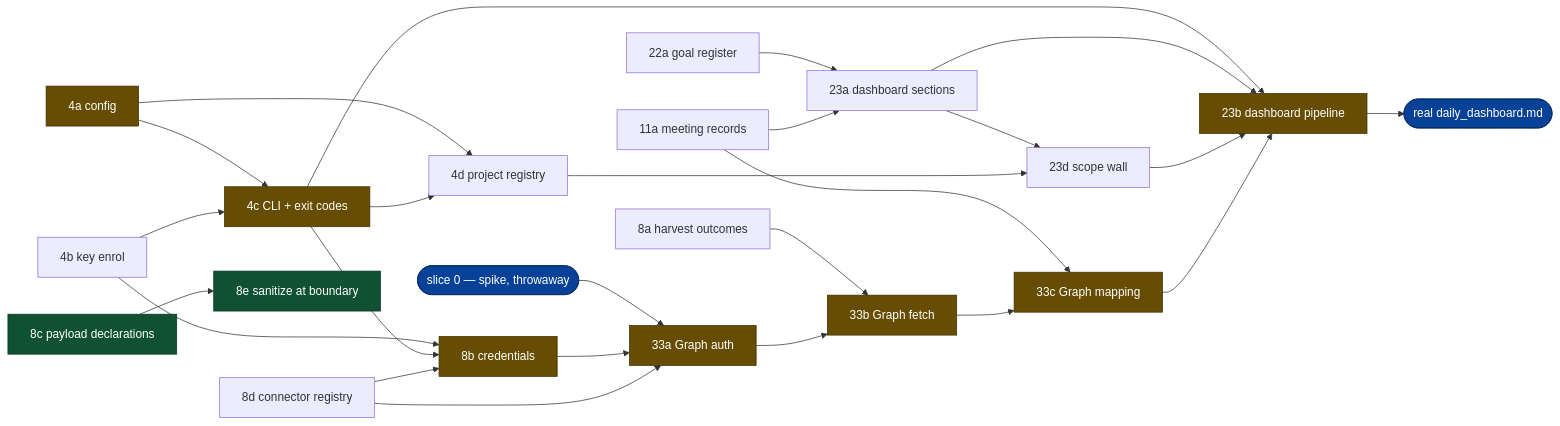
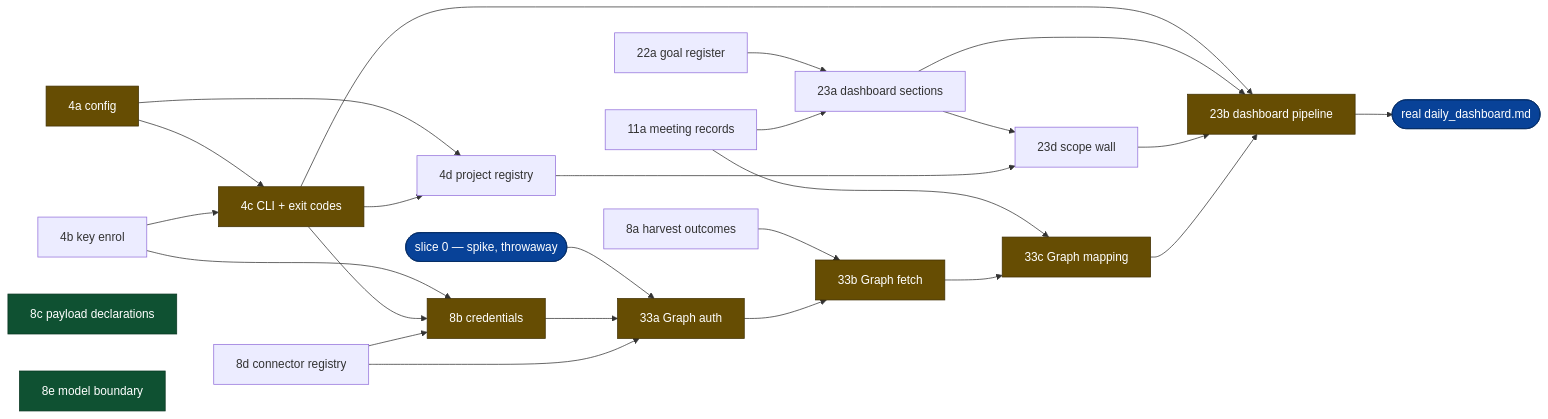
Before and after one commit to aramaniuk/pm-ai: the third of 3 diagrams in _bmad-output/implementation-artifacts/prototype-path-2026-09-01.md, drawn with Mermaid. The commit also changed other lines of this file and 1 other file, not shown here.

````diff
--- a/_bmad-output/implementation-artifacts/prototype-path-2026-09-01.md
+++ b/_bmad-output/implementation-artifacts/prototype-path-2026-09-01.md
@@ -250,54 +251,53 @@
 ```mermaid
 flowchart LR
     s0(["slice 0 — spike, throwaway"])
     s4a["4a config"]
     s4b["4b key enrol"]
     s4c["4c CLI + exit codes"]
     s4d["4d project registry"]
     s8a["8a harvest outcomes"]
     s8d["8d connector registry"]
     s8b["8b credentials"]
     s8c["8c payload declarations"]
-    s8e["8e sanitize at boundary"]
+    s8e["8e model boundary"]
     s11a["11a meeting records"]
     s22a["22a goal register"]
     s33a["33a Graph auth"]
     s33b["33b Graph fetch"]
     s33c["33c Graph mapping"]
     s23a["23a dashboard sections"]
     s23d["23d scope wall"]
     s23b["23b dashboard pipeline"]
     done(["real daily_dashboard.md"])
 
     s0 --> s33a
     s4a --> s4c
     s4b --> s4c
     s4a --> s4d
     s4c --> s4d
     s4b --> s8b
     s4c --> s8b
     s8d --> s8b
     s8b --> s33a
     s8d --> s33a
     s8a --> s33b
     s33a --> s33b
     s11a --> s33c
     s33b --> s33c
-    s8c --> s8e
     s22a --> s23a
     s11a --> s23a
     s23a --> s23d
     s4d --> s23d
     s4c --> s23b
     s23a --> s23b
     s23d --> s23b
     s33c --> s23b
     s23b --> done
 
     classDef crit fill:#664d03,stroke:#413003,color:#ffffff
     classDef island fill:#0f5132,stroke:#0a3622,color:#ffffff
     classDef goal fill:#084298,stroke:#052c65,color:#ffffff
     class s4a,s4c,s8b,s33a,s33b,s33c,s23b crit
     class s8c,s8e island
     class done,s0 goal
 ```
````
